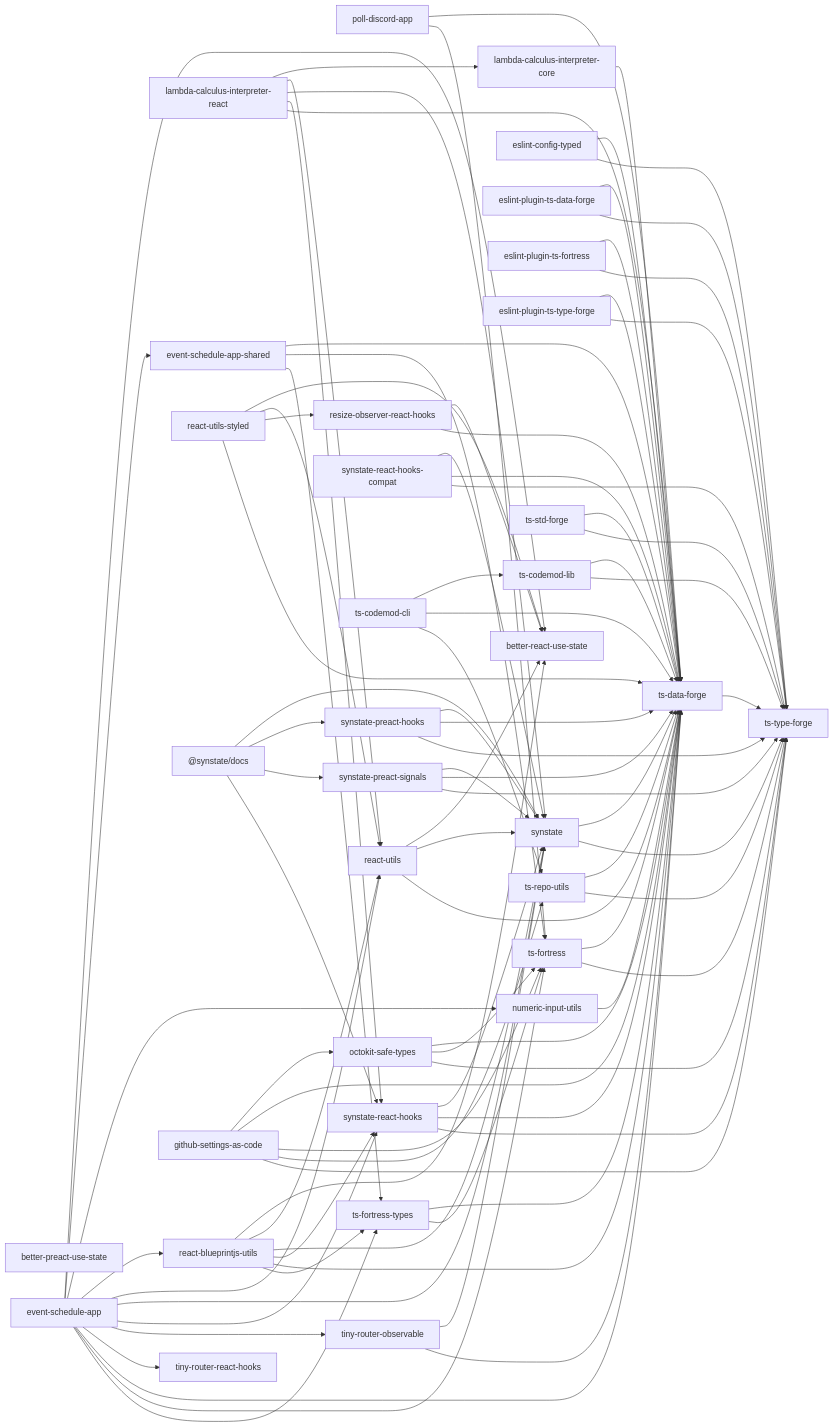
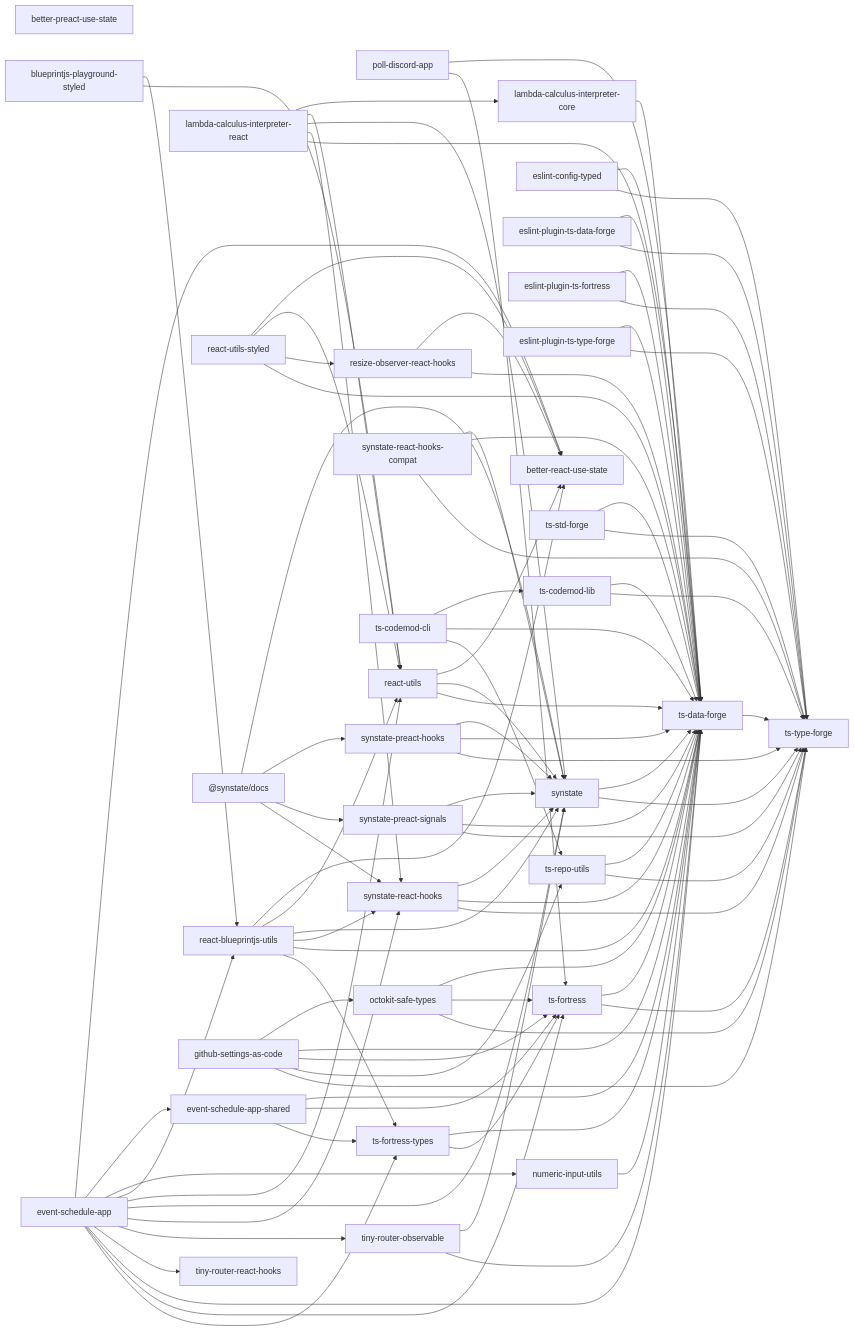
Before and after one commit to noshiro-pf/mono: the diagram in docs/package-dependencies.md, drawn with Mermaid. The commit also changed other lines of this file and 13 other files, not shown here.

First line of the commit message:
feat: experimental/ から blueprintjs-playground-styled を復元する (#1758)

````diff
--- a/docs/package-dependencies.md
+++ b/docs/package-dependencies.md
@@ -13,6 +13,7 @@
 ```mermaid
 graph LR
   better_preact_use_state["better-preact-use-state"]
+  blueprintjs_playground_styled["blueprintjs-playground-styled"]
   event_schedule_app["event-schedule-app"]
   event_schedule_app_shared["event-schedule-app-shared"]
   lambda_calculus_interpreter_core["lambda-calculus-interpreter-core"]
@@ -46,6 +47,8 @@
   ts_repo_utils["ts-repo-utils"]
   ts_std_forge["ts-std-forge"]
   ts_type_forge["ts-type-forge"]
+  blueprintjs_playground_styled --> react_blueprintjs_utils
+  blueprintjs_playground_styled --> react_utils
   event_schedule_app --> better_react_use_state
   event_schedule_app --> event_schedule_app_shared
   event_schedule_app --> numeric_input_utils
````
